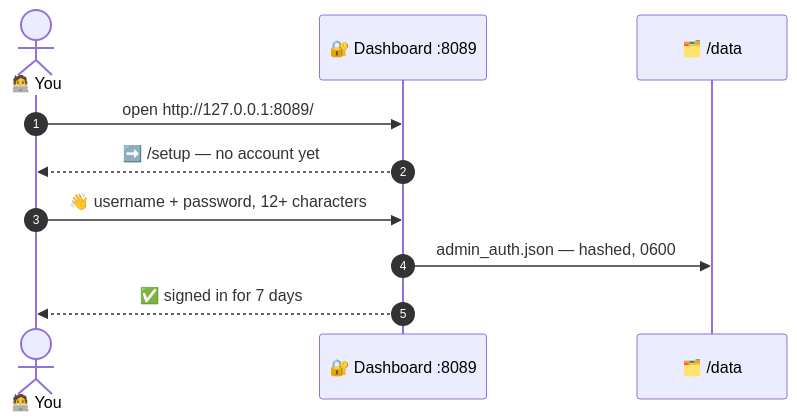
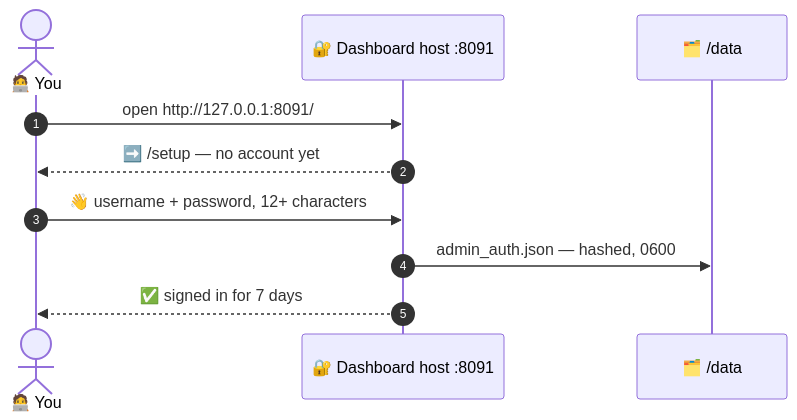
Before and after one commit to MeVsTheVoices/Playbook: the third of 29 diagrams in callback_site/README.md, drawn with Mermaid. The commit also changed other lines of this file and 18 other files, not shown here.

````diff
--- a/callback_site/README.md
+++ b/callback_site/README.md
@@ -268,12 +268,12 @@
 ```mermaid
 sequenceDiagram
   autonumber
   actor You as 🧑‍💻 You
-  participant D as 🔐 Dashboard :8089
+  participant D as 🔐 Dashboard host :8091
   participant F as 🗂️ /data
-  You->>D: open http://127.0.0.1:8089/
+  You->>D: open http://127.0.0.1:8091/
   D-->>You: ➡️ /setup — no account yet
   You->>D: 👋 username + password, 12+ characters
   D->>F: admin_auth.json — hashed, 0600
   D-->>You: ✅ signed in for 7 days
 ```
````
